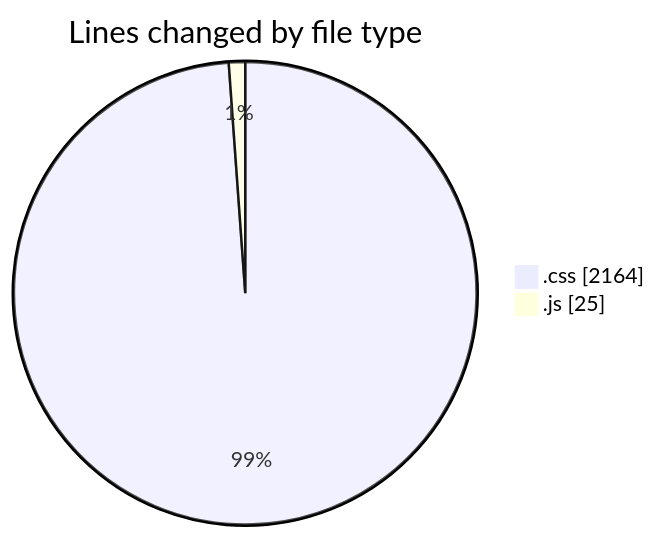
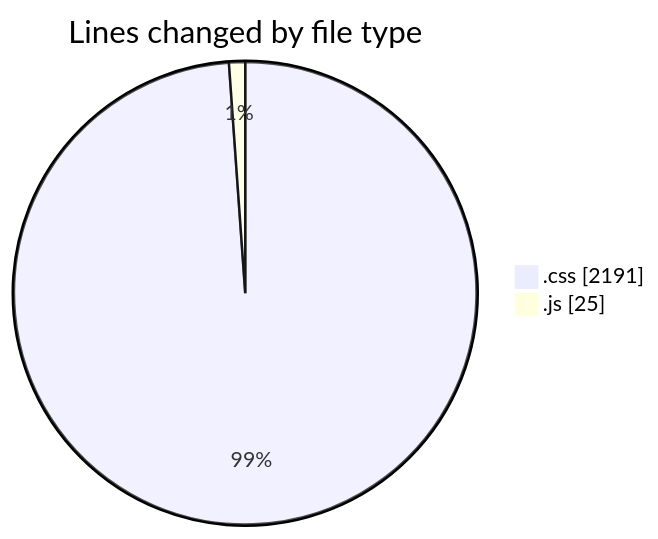
One commit to tmsrecording-cyber/code-tracking changed the first of 2 diagrams in 2026-04-24/darkwire/README.md. Above: the diagram before and after it, drawn with Mermaid. The commit also changed other lines of this file and 1 other file, not shown here.

````diff
--- a/2026-04-24/darkwire/README.md
+++ b/2026-04-24/darkwire/README.md
@@ -22,6 +22,6 @@
 ```mermaid
 pie showData
 title Lines changed by file type
-".css" : 2164
+".css" : 2191
 ".js" : 25
 ```
````
